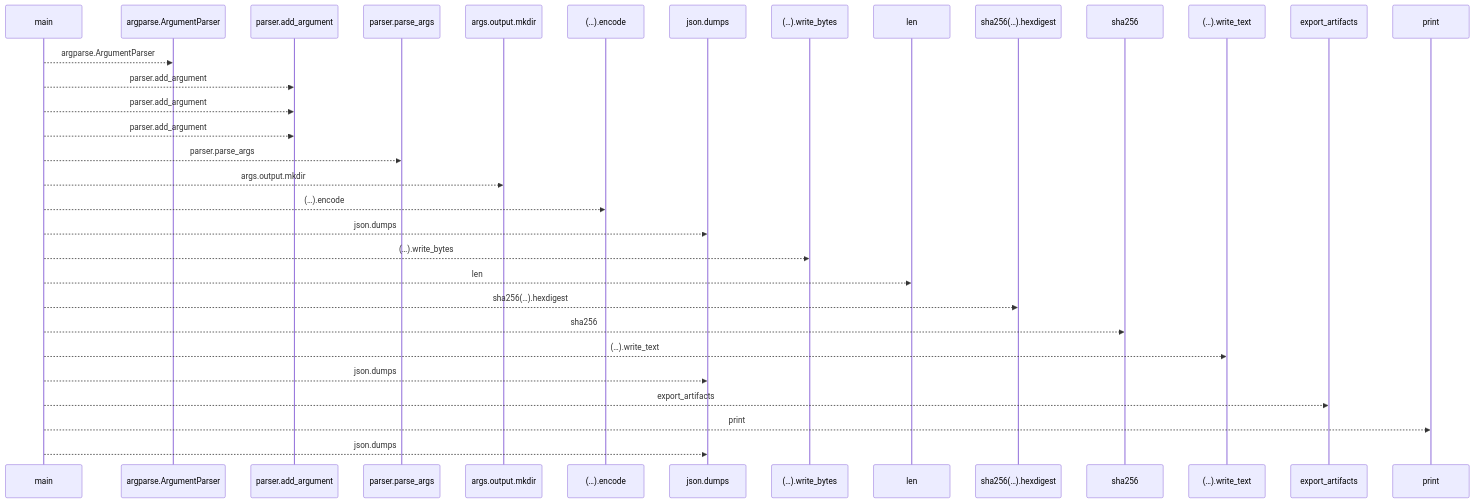
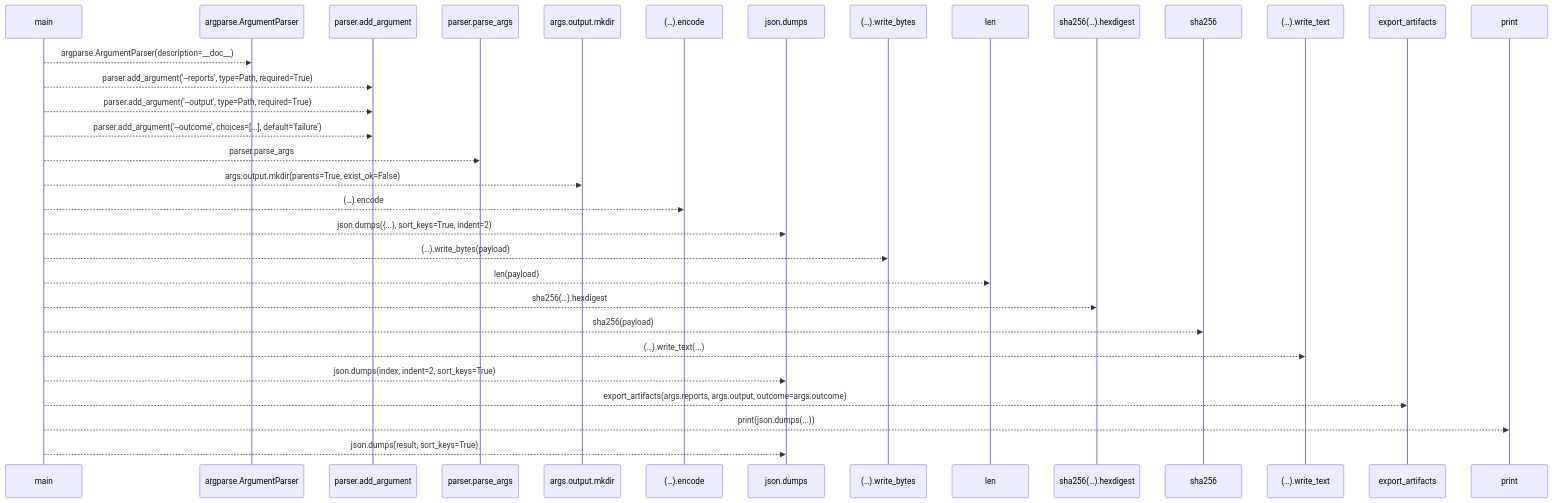
One commit to Denissvgn/WorkChord changed the first of 2 diagrams in docs/llm_wiki/flows/process-export_acceptance_artifacts.md. Above: the diagram before and after it, drawn with Mermaid. The commit also changed other lines of this file and 25171 other files, not shown here.

````diff
--- a/docs/llm_wiki/flows/process-export_acceptance_artifacts.md
+++ b/docs/llm_wiki/flows/process-export_acceptance_artifacts.md
@@ -12,34 +14,34 @@
 ```mermaid
 sequenceDiagram
     participant p0 as main
     participant p1 as argparse.ArgumentParser
     participant p2 as parser.add_argument
     participant p3 as parser.parse_args
     participant p4 as args.output.mkdir
     participant p5 as (…).encode
     participant p6 as json.dumps
     participant p7 as (…).write_bytes
     participant p8 as len
     participant p9 as sha256(…).hexdigest
     participant p10 as sha256
     participant p11 as (…).write_text
     participant p12 as export_artifacts
     participant p13 as print
-    p0-->>p1: argparse.ArgumentParser
-    p0-->>p2: parser.add_argument
-    p0-->>p2: parser.add_argument
-    p0-->>p2: parser.add_argument
+    p0-->>p1: argparse.ArgumentParser(description=__doc__)
+    p0-->>p2: parser.add_argument('--reports', type=Path, required=True)
+    p0-->>p2: parser.add_argument('--output', type=Path, required=True)
+    p0-->>p2: parser.add_argument('--outcome', choices=[...], default='failure')
     p0-->>p3: parser.parse_args
-    p0-->>p4: args.output.mkdir
+    p0-->>p4: args.output.mkdir(parents=True, exist_ok=False)
     p0-->>p5: (…).encode
-    p0-->>p6: json.dumps
-    p0-->>p7: (…).write_bytes
-    p0-->>p8: len
+    p0-->>p6: json.dumps({...}, sort_keys=True, indent=2)
+    p0-->>p7: (…).write_bytes(payload)
+    p0-->>p8: len(payload)
     p0-->>p9: sha256(…).hexdigest
-    p0-->>p10: sha256
-    p0-->>p11: (…).write_text
-    p0-->>p6: json.dumps
-    p0-->>p12: export_artifacts
-    p0-->>p13: print
-    p0-->>p6: json.dumps
+    p0-->>p10: sha256(payload)
+    p0-->>p11: (…).write_text(...)
+    p0-->>p6: json.dumps(index, indent=2, sort_keys=True)
+    p0-->>p12: export_artifacts(args.reports, args.output, outcome=args.outcome)
+    p0-->>p13: print(json.dumps(...))
+    p0-->>p6: json.dumps(result, sort_keys=True)
 ```
````
